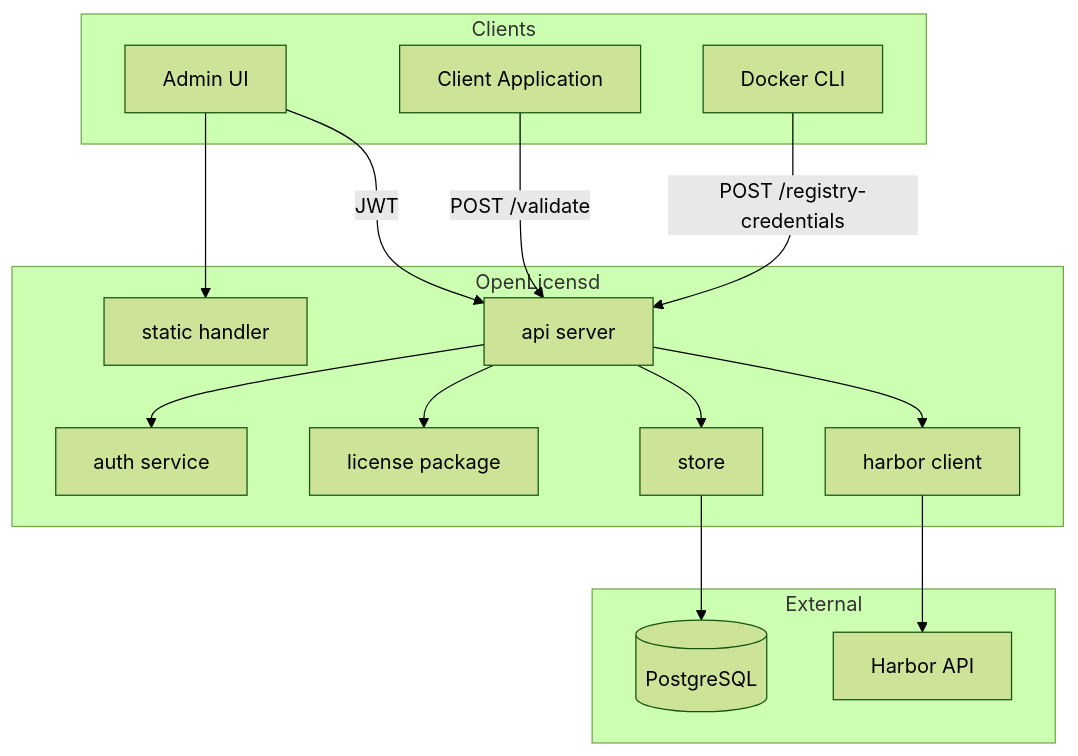
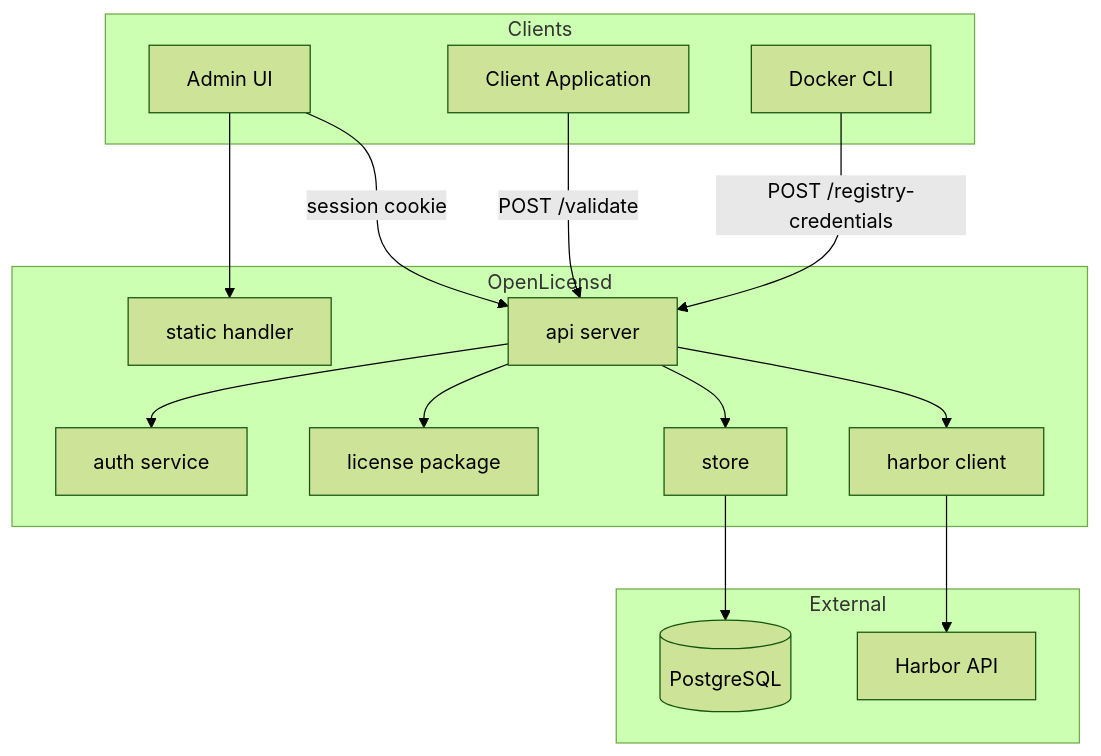
The first of 4 diagrams in docs/architecture.md (alvarorg14/openlicensd), drawn with Mermaid (forest theme) before and after one commit. The commit also changed other lines of this file and 50 other files, not shown here.

````diff
--- a/docs/architecture.md
+++ b/docs/architecture.md
@@ -7,33 +7,33 @@
 ```mermaid
 flowchart TB
   subgraph clients [Clients]
     adminUI[Admin UI]
     app[Client Application]
     docker[Docker CLI]
   end
 
   subgraph openlicensd [OpenLicensd]
     static[static handler]
     api[api server]
     auth[auth service]
     license[license package]
     store[store]
     harbor[harbor client]
   end
 
   subgraph external [External]
     pg[(PostgreSQL)]
     harborAPI[Harbor API]
   end
 
-  adminUI -->|JWT| api
+  adminUI -->|session cookie| api
   app -->|POST /validate| api
   docker -->|POST /registry-credentials| api
   adminUI --> static
   api --> auth
   api --> license
   api --> store
   api --> harbor
   store --> pg
   harbor --> harborAPI
 ```
````
